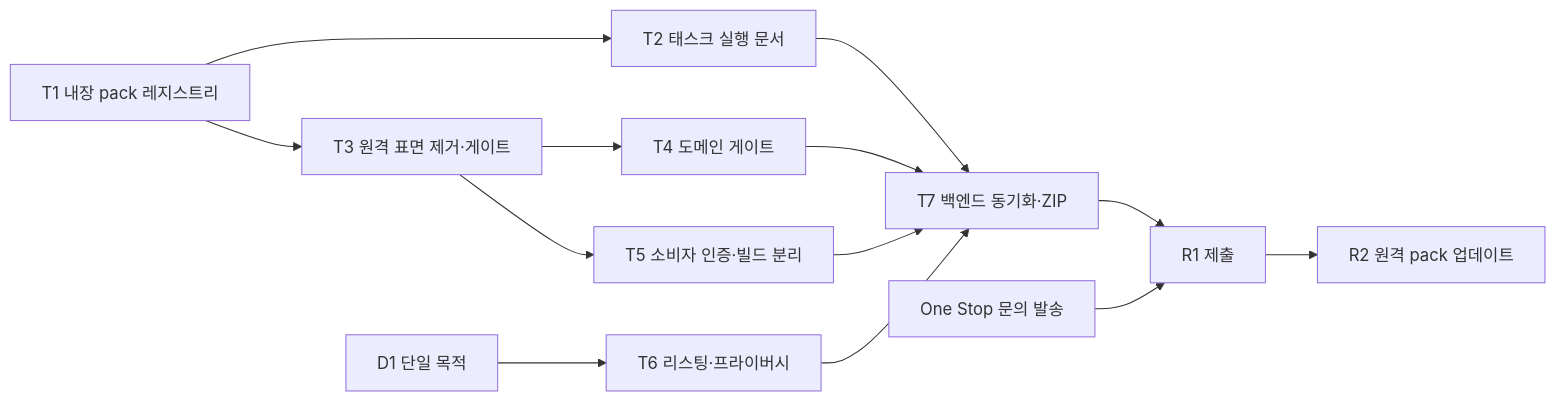
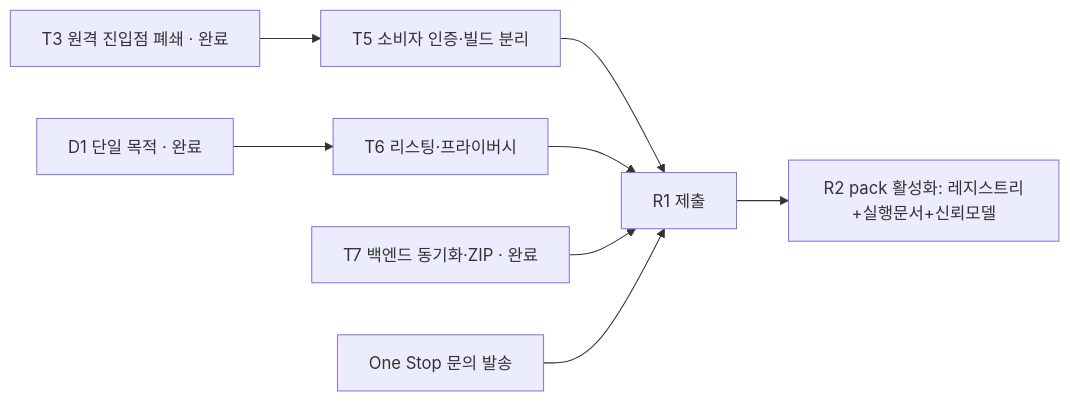
The diagram in CWS_RELEASE_DESIGN.md (layorixinc/axsdk-sites), drawn with Mermaid before and after one commit. The commit also changed other lines of this file and 1 other file, not shown here.

First line of the commit message:
docs(cws): pack layer leaves R1 — the composer refuses a provider-only set

````diff
--- a/CWS_RELEASE_DESIGN.md
+++ b/CWS_RELEASE_DESIGN.md
@@ -311,15 +321,10 @@
 ```mermaid
 graph LR
-  T1[T1 내장 pack 레지스트리] --> T2[T2 태스크 실행 문서]
-  T1 --> T3[T3 원격 표면 제거·게이트]
-  T3 --> T5[T5 소비자 인증·빌드 분리]
-  T3 --> T4[T4 도메인 게이트]
-  D1[D1 단일 목적] --> T6[T6 리스팅·프라이버시]
-  T2 --> T7[T7 백엔드 동기화·ZIP]
-  T4 --> T7
-  T5 --> T7
-  T6 --> T7
-  T7 --> SUB[R1 제출]
+  T3[T3 원격 진입점 폐쇄 · 완료] --> T5[T5 소비자 인증·빌드 분리]
+  D1[D1 단일 목적 · 완료] --> T6[T6 리스팅·프라이버시]
+  T5 --> SUB[R1 제출]
+  T6 --> SUB
+  T7[T7 백엔드 동기화·ZIP · 완료] --> SUB
   ONE[One Stop 문의 발송] --> SUB
-  SUB --> R2[R2 원격 pack 업데이트]
+  SUB --> R2[R2 pack 활성화: 레지스트리+실행문서+신뢰모델]
 ```
````
